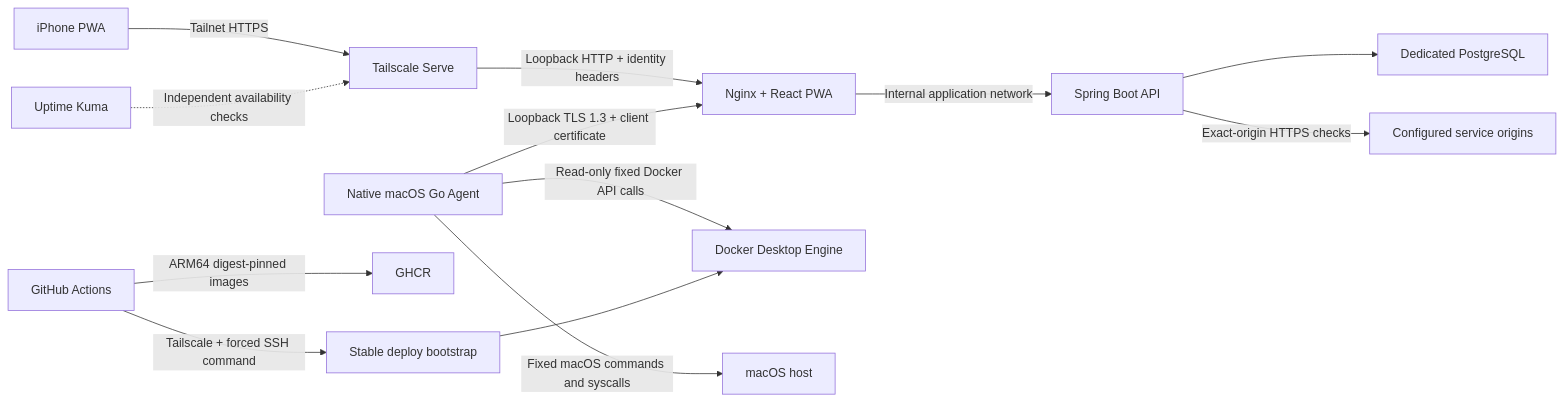
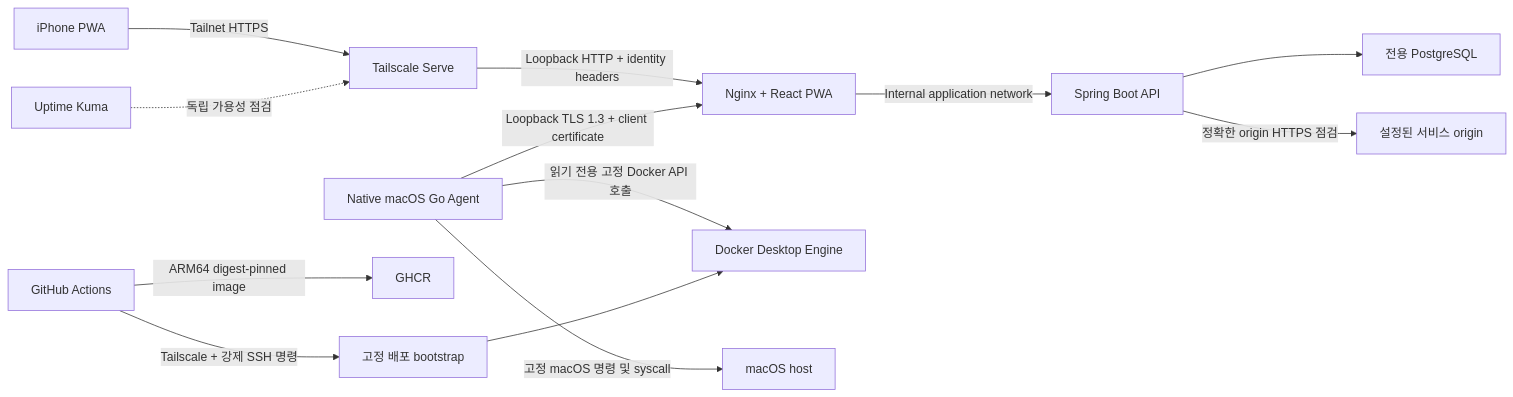
The diagram in docs/architecture.md (xxh3898/homeops), drawn with Mermaid before and after one commit. The commit also changed other lines of this file and 8 other files, not shown here.

````diff
--- a/docs/architecture.md
+++ b/docs/architecture.md
@@ -11,15 +11,15 @@
 ```mermaid
 flowchart LR
     phone["iPhone PWA"] -->|"Tailnet HTTPS"| serve["Tailscale Serve"]
     serve -->|"Loopback HTTP + identity headers"| web["Nginx + React PWA"]
     web -->|"Internal application network"| api["Spring Boot API"]
-    api --> db["Dedicated PostgreSQL"]
-    api -->|"Exact-origin HTTPS checks"| monitored["Configured service origins"]
+    api --> db["전용 PostgreSQL"]
+    api -->|"정확한 origin HTTPS 점검"| monitored["설정된 서비스 origin"]
     agent["Native macOS Go Agent"] -->|"Loopback TLS 1.3 + client certificate"| web
-    agent -->|"Read-only fixed Docker API calls"| docker["Docker Desktop Engine"]
-    agent -->|"Fixed macOS commands and syscalls"| mac["macOS host"]
-    actions["GitHub Actions"] -->|"ARM64 digest-pinned images"| ghcr["GHCR"]
-    actions -->|"Tailscale + forced SSH command"| bootstrap["Stable deploy bootstrap"]
+    agent -->|"읽기 전용 고정 Docker API 호출"| docker["Docker Desktop Engine"]
+    agent -->|"고정 macOS 명령 및 syscall"| mac["macOS host"]
+    actions["GitHub Actions"] -->|"ARM64 digest-pinned image"| ghcr["GHCR"]
+    actions -->|"Tailscale + 강제 SSH 명령"| bootstrap["고정 배포 bootstrap"]
     bootstrap --> docker
-    kuma["Uptime Kuma"] -.->|"Independent availability checks"| serve
+    kuma["Uptime Kuma"] -.->|"독립 가용성 점검"| serve
 ```
````
